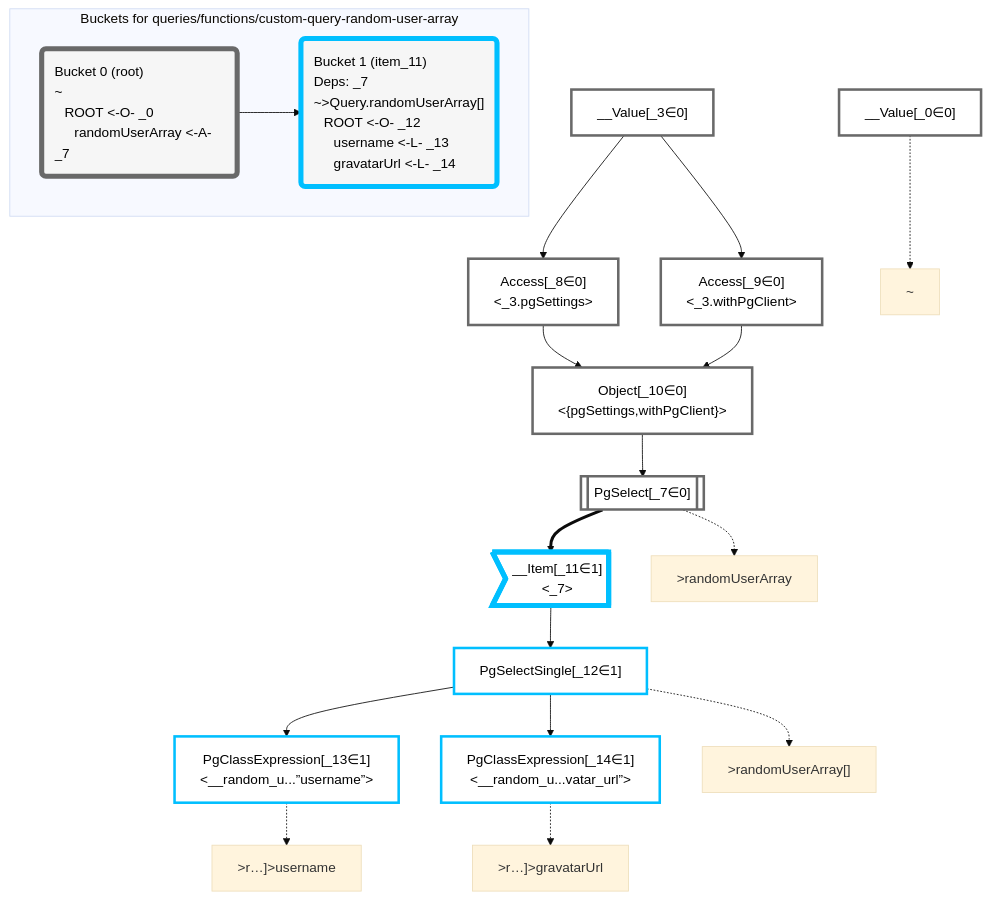
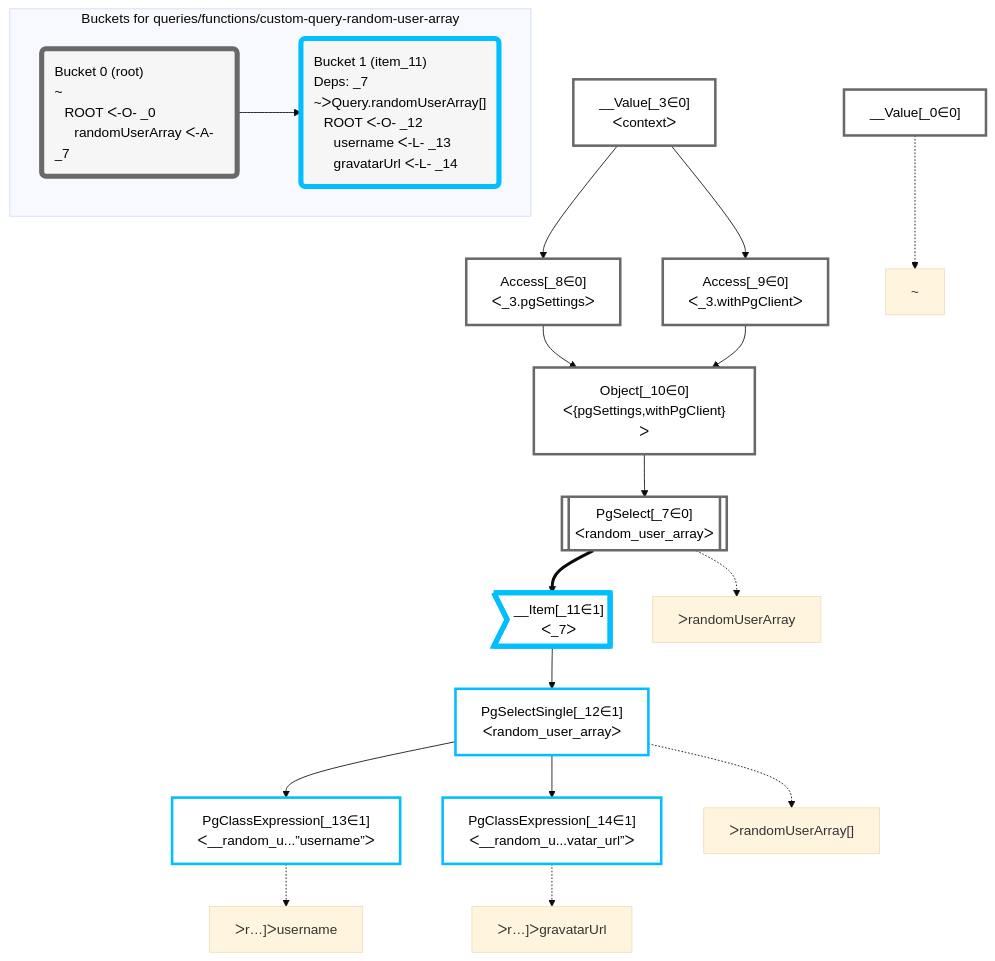
Before and after one commit to graphile/crystal: the diagram in packages/dataplan-pg/__tests__/queries/functions/custom-query-random-user-array.mermaid.md, drawn with Mermaid (base theme). The commit also changed 195 other files, not shown here.

````diff
--- a/packages/dataplan-pg/__tests__/queries/functions/custom-query-random-user-array.mermaid.md
+++ b/packages/dataplan-pg/__tests__/queries/functions/custom-query-random-user-array.mermaid.md
@@ -1,58 +1,58 @@
 ```mermaid
 graph TD
     classDef path fill:#eee,stroke:#000,color:#000
     classDef plan fill:#fff,stroke-width:3px,color:#000
     classDef itemplan fill:#fff,stroke-width:6px,color:#000
     classDef sideeffectplan fill:#f00,stroke-width:6px,color:#000
     classDef bucket fill:#f6f6f6,color:#000,stroke-width:6px,text-align:left
 
 
     %% define plans
     __Value_0["__Value[_0∈0]"]:::plan
-    __Value_3["__Value[_3∈0]<br /><context>"]:::plan
-    PgSelect_7[["PgSelect[_7∈0]<br /><random_user_array>"]]:::plan
-    Access_8["Access[_8∈0]<br /><_3.pgSettings>"]:::plan
-    Access_9["Access[_9∈0]<br /><_3.withPgClient>"]:::plan
-    Object_10["Object[_10∈0]<br /><{pgSettings,withPgClient}>"]:::plan
-    __Item_11>"__Item[_11∈1]<br /><_7>"]:::itemplan
-    PgSelectSingle_12["PgSelectSingle[_12∈1]<br /><random_user_array>"]:::plan
-    PgClassExpression_13["PgClassExpression[_13∈1]<br /><__random_u...”username”>"]:::plan
-    PgClassExpression_14["PgClassExpression[_14∈1]<br /><__random_u...vatar_url”>"]:::plan
+    __Value_3["__Value[_3∈0]<br />ᐸcontextᐳ"]:::plan
+    PgSelect_7[["PgSelect[_7∈0]<br />ᐸrandom_user_arrayᐳ"]]:::plan
+    Access_8["Access[_8∈0]<br />ᐸ_3.pgSettingsᐳ"]:::plan
+    Access_9["Access[_9∈0]<br />ᐸ_3.withPgClientᐳ"]:::plan
+    Object_10["Object[_10∈0]<br />ᐸ{pgSettings,withPgClient}ᐳ"]:::plan
+    __Item_11>"__Item[_11∈1]<br />ᐸ_7ᐳ"]:::itemplan
+    PgSelectSingle_12["PgSelectSingle[_12∈1]<br />ᐸrandom_user_arrayᐳ"]:::plan
+    PgClassExpression_13["PgClassExpression[_13∈1]<br />ᐸ__random_u...”username”ᐳ"]:::plan
+    PgClassExpression_14["PgClassExpression[_14∈1]<br />ᐸ__random_u...vatar_url”ᐳ"]:::plan
 
     %% plan dependencies
     Object_10 --> PgSelect_7
     __Value_3 --> Access_8
     __Value_3 --> Access_9
     Access_8 --> Object_10
     Access_9 --> Object_10
     PgSelect_7 ==> __Item_11
     __Item_11 --> PgSelectSingle_12
     PgSelectSingle_12 --> PgClassExpression_13
     PgSelectSingle_12 --> PgClassExpression_14
 
     %% plan-to-path relationships
     P_0["~"]
     __Value_0 -.-> P_0
-    P_7[">randomUserArray"]
+    P_7["ᐳrandomUserArray"]
     PgSelect_7 -.-> P_7
-    P_12[">randomUserArray[]"]
+    P_12["ᐳrandomUserArray[]"]
     PgSelectSingle_12 -.-> P_12
-    P_13[">r…]>username"]
+    P_13["ᐳr…]ᐳusername"]
     PgClassExpression_13 -.-> P_13
-    P_14[">r…]>gravatarUrl"]
+    P_14["ᐳr…]ᐳgravatarUrl"]
     PgClassExpression_14 -.-> P_14
 
     %% allocate buckets
     classDef bucket0 stroke:#696969
     class __Value_0,__Value_3,PgSelect_7,Access_8,Access_9,Object_10 bucket0
     classDef bucket1 stroke:#00bfff
     class __Item_11,PgSelectSingle_12,PgClassExpression_13,PgClassExpression_14 bucket1
 
     subgraph "Buckets for queries/functions/custom-query-random-user-array"
-    Bucket0("Bucket 0 (root)<br />~<br />⠀ROOT <-O- _0<br />⠀⠀randomUserArray <-A- _7"):::bucket
+    Bucket0("Bucket 0 (root)<br />~<br />⠀ROOT ᐸ-O- _0<br />⠀⠀randomUserArray ᐸ-A- _7"):::bucket
     style Bucket0 stroke:#696969
-    Bucket1("Bucket 1 (item_11)<br />Deps: _7<br />~>Query.randomUserArray[]<br />⠀ROOT <-O- _12<br />⠀⠀username <-L- _13<br />⠀⠀gravatarUrl <-L- _14"):::bucket
+    Bucket1("Bucket 1 (item_11)<br />Deps: _7<br />~ᐳQuery.randomUserArray[]<br />⠀ROOT ᐸ-O- _12<br />⠀⠀username ᐸ-L- _13<br />⠀⠀gravatarUrl ᐸ-L- _14"):::bucket
     style Bucket1 stroke:#00bfff
     Bucket0 --> Bucket1
     end
 ```
````
